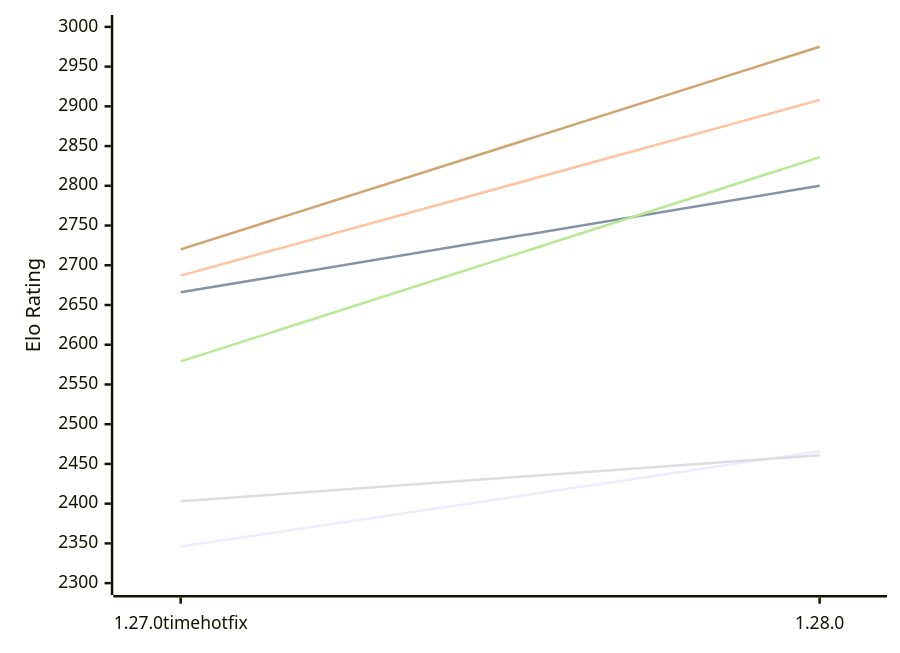
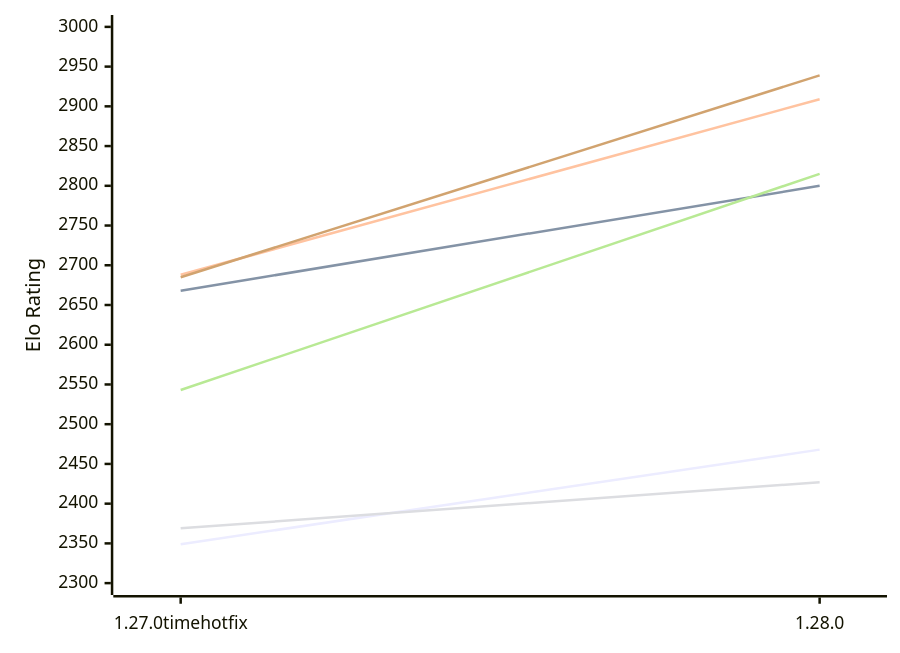
One commit to computer-chess-index/cci changed the first of 2 diagrams in engines/Aurora.md. Above: the diagram before and after it, drawn with Mermaid. The commit also changed other lines of this file, not shown here.

Commit message:
Update CCI Ratings (ELO VLTC) - 2026-10-23

````diff
--- a/engines/Aurora.md
+++ b/engines/Aurora.md
@@ -50,12 +50,12 @@
 ```mermaid
 %%{init: {"theme":"base","themeVariables":{"seriesColors:['#a3a3a3','#222221','#faa371']}}}%%
 xychart-beta
   x-axis ["1.27.0timehotfix", "1.28.0"]
   y-axis "Elo Rating" 2300 --> 3000
-  line "E1: STC (8.0+0.08s)" [2346, 2466]
-  line "E1: LTC (60.0+0.60s)" [2666, 2800]
-  line "E1: VLTC (2m24s+1.12s)" [2687, 2908]
-  line "P1: STC (8.0+0.08s)" [2403, 2461]
-  line "P1: LTC (60.0+0.60s)" [2579, 2836]
-  line "P1: VLTC (2m24s+1.12s)" [2720, 2975]
+  line "E1: STC (8.0+0.08s)" [2349, 2468]
+  line "E1: LTC (60.0+0.60s)" [2668, 2800]
+  line "E1: VLTC (2m24s+1.12s)" [2688, 2909]
+  line "P1: STC (8.0+0.08s)" [2369, 2427]
+  line "P1: LTC (60.0+0.60s)" [2543, 2815]
+  line "P1: VLTC (2m24s+1.12s)" [2685, 2939]
 ```
````
